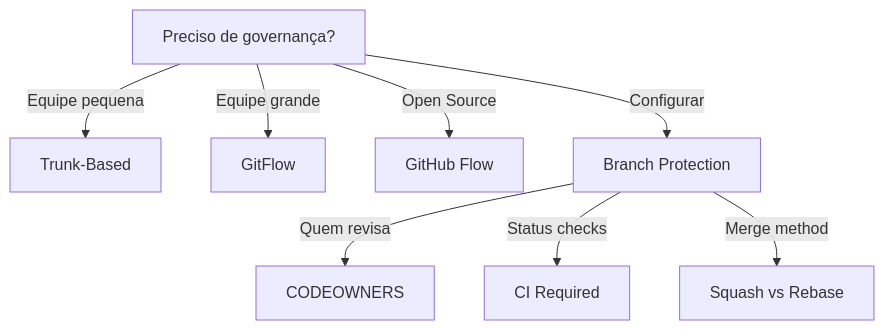
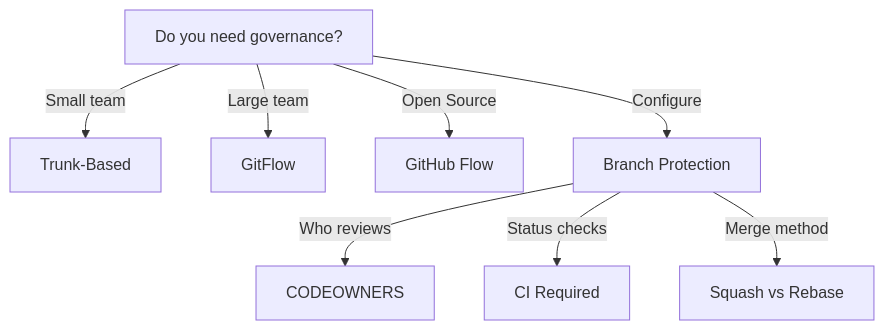
One commit to lscheffel/ignite-agents-skills changed the diagram in skills/governance/SKILL.md. Above: the diagram before and after it, drawn with Mermaid. The commit also changed other lines of this file and 1024 other files, not shown here.

````diff
--- a/skills/governance/SKILL.md
+++ b/skills/governance/SKILL.md
@@ -47,10 +58,10 @@
 ```mermaid
 graph TD
-    A[Preciso de governança?] -->|Equipe pequena| B[Trunk-Based]
-    A -->|Equipe grande| C[GitFlow]
+    A[Do you need governance?] -->|Small team| B[Trunk-Based]
+    A -->|Large team| C[GitFlow]
     A -->|Open Source| D[GitHub Flow]
-    A -->|Configurar| E[Branch Protection]
-    E -->|Quem revisa| F[CODEOWNERS]
+    A -->|Configure| E[Branch Protection]
+    E -->|Who reviews| F[CODEOWNERS]
     E -->|Status checks| G[CI Required]
     E -->|Merge method| H[Squash vs Rebase]
 ```
````
